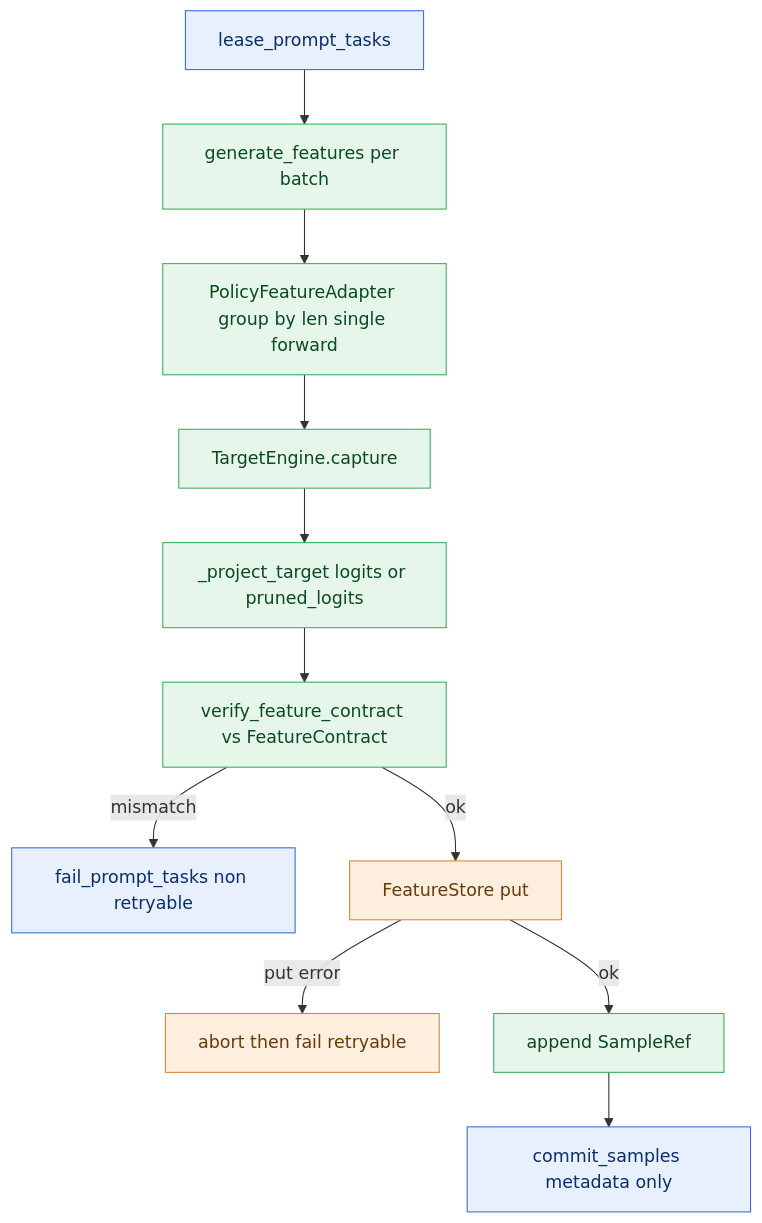
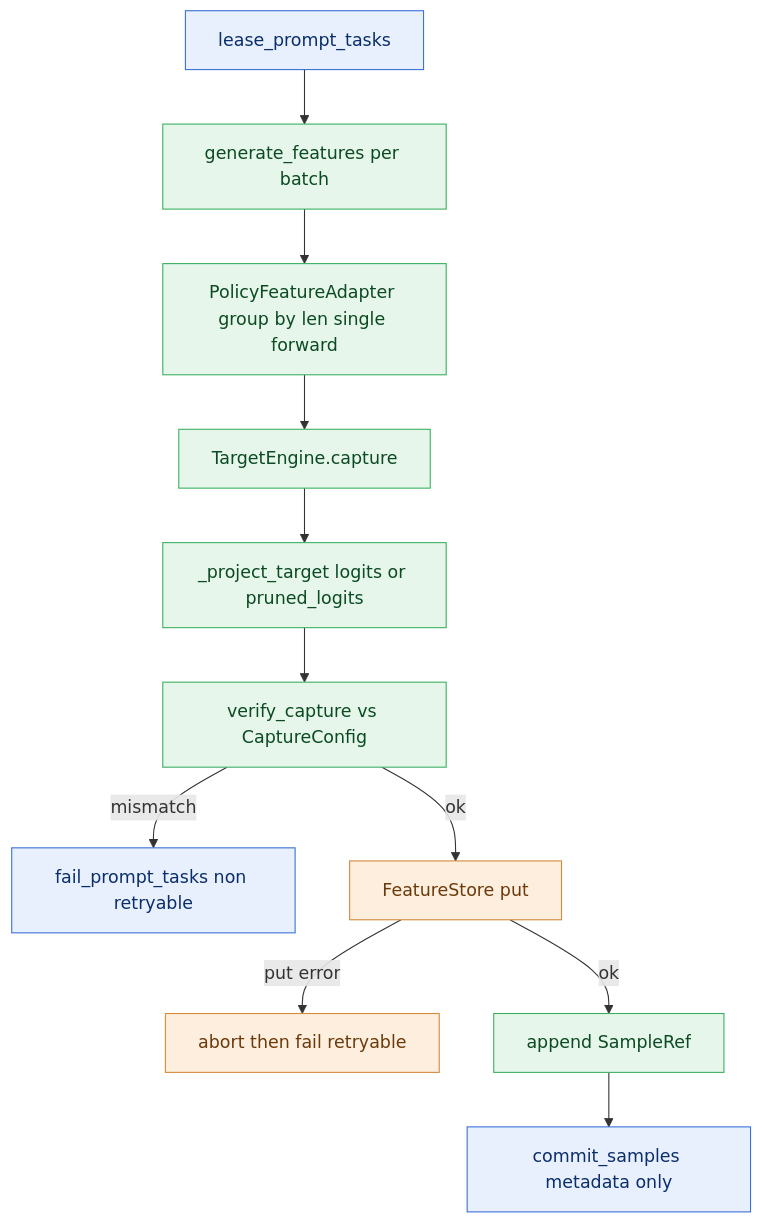
The diagram in specforge/inference/DESIGN.md (sgl-project/SpecForge), drawn with Mermaid before and after one commit. The commit also changed other lines of this file and 21 other files, not shown here.

````diff
--- a/specforge/inference/DESIGN.md
+++ b/specforge/inference/DESIGN.md
@@ -14,22 +14,22 @@
 ```mermaid
 flowchart TD
   classDef compute fill:#e6f6ea,stroke:#3bb061,color:#0b4a22;
   classDef control fill:#e8f0fe,stroke:#3b6fd6,color:#0b2e6b;
   classDef data fill:#fdeede,stroke:#d6893b,color:#6b3a0b;
 
   A[lease_prompt_tasks] --> B[generate_features per batch]
   B --> C[PolicyFeatureAdapter group by len single forward]
   C --> D[TargetEngine.capture]
   D --> E[_project_target logits or pruned_logits]
-  E --> F[verify_feature_contract vs FeatureContract]
+  E --> F[verify_capture vs CaptureConfig]
   F -->|mismatch| G[fail_prompt_tasks non retryable]
   F -->|ok| H[FeatureStore put]
   H -->|put error| I[abort then fail retryable]
   H -->|ok| J[append SampleRef]
   J --> K[commit_samples metadata only]
 
   class A,K control;
   class B,C,D,E,F,J compute;
   class H,I data;
   class G control;
 ```
````
